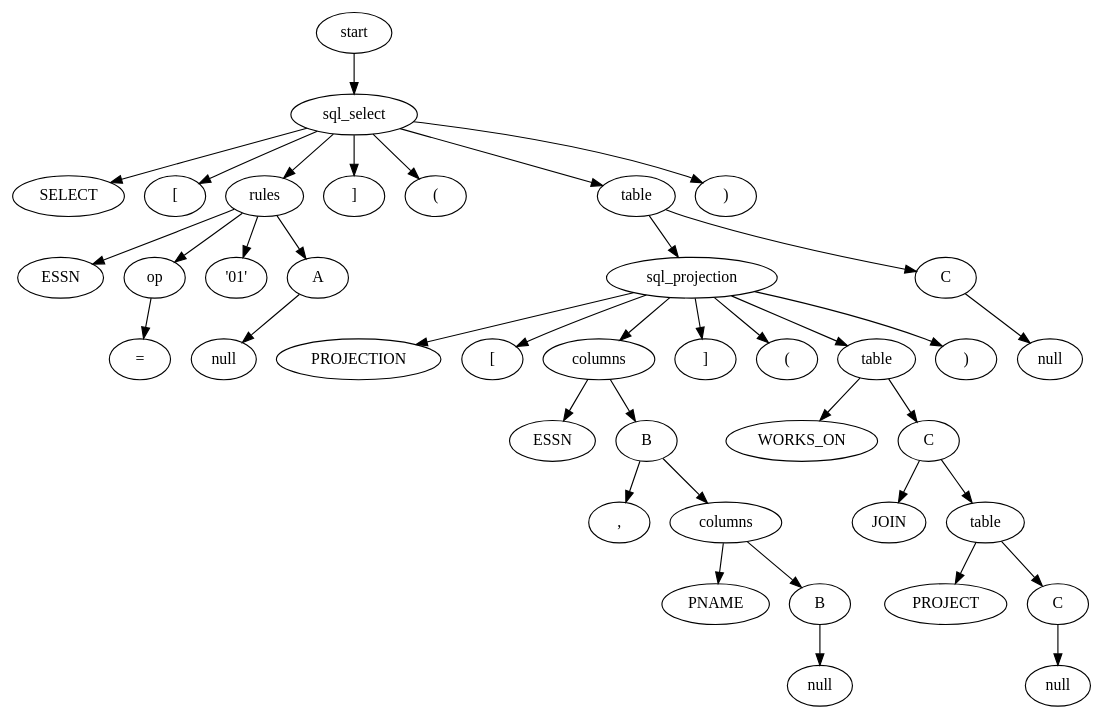
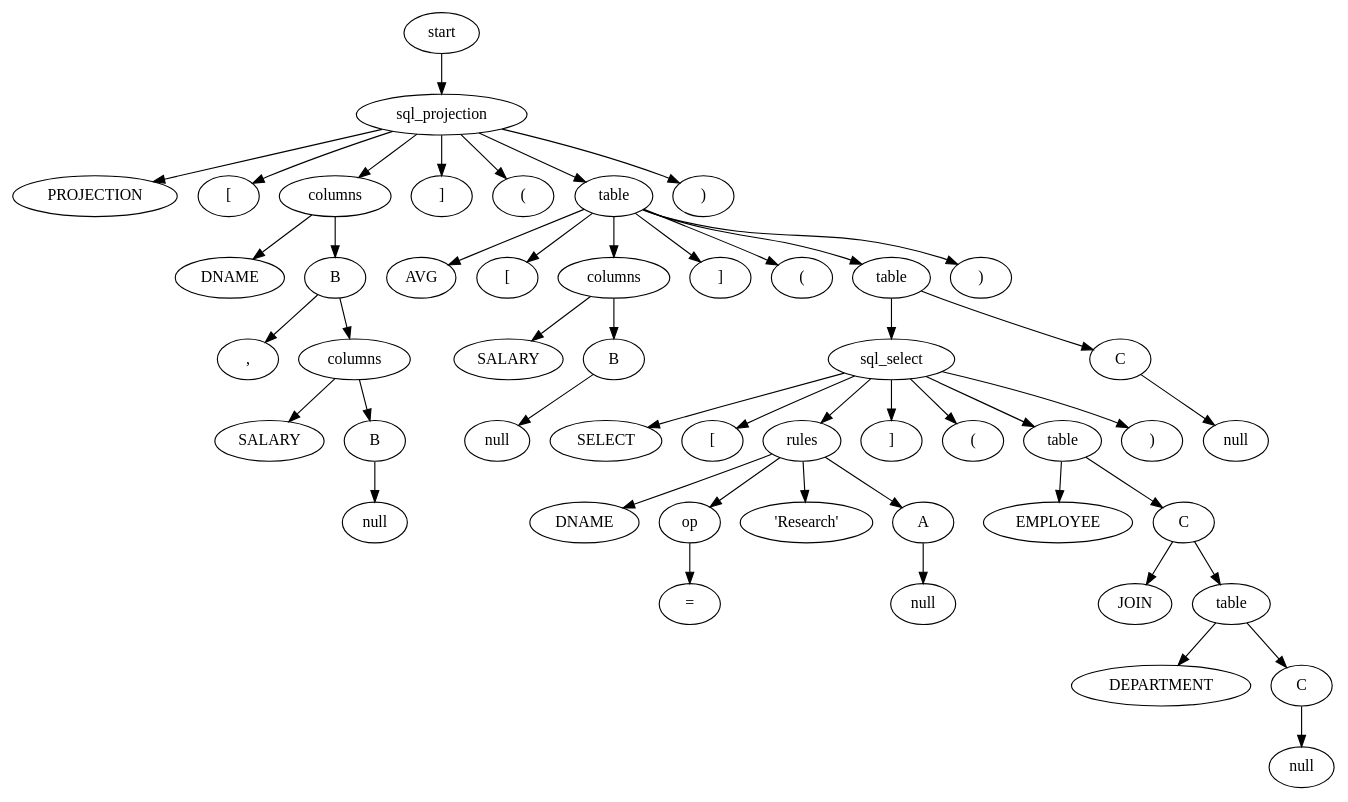
One commit to dongchangzhang/zdb changed the diagram in round-table.gv. Above: the diagram before and after it, drawn with Graphviz. The commit also changed 5 other files, not shown here.

```diff
--- a/round-table.gv
+++ b/round-table.gv
@@ -1,80 +1,100 @@
 // Tree
 digraph {
 	1 [label=start]
-	2 [label=sql_select]
+	2 [label=sql_projection]
 		1 -> 2
-	3 [label=SELECT]
+	3 [label=PROJECTION]
 		2 -> 3
 	4 [label="["]
 		2 -> 4
-	5 [label=rules]
+	5 [label=columns]
 		2 -> 5
 	6 [label="]"]
 		2 -> 6
 	7 [label="("]
 		2 -> 7
 	8 [label=table]
 		2 -> 8
 	9 [label=")"]
 		2 -> 9
-	10 [label=sql_projection]
+	10 [label=AVG]
 		8 -> 10
-	11 [label=C]
+	11 [label="["]
 		8 -> 11
-	12 [label=null]
-		11 -> 12
-	13 [label=PROJECTION]
-		10 -> 13
-	14 [label="["]
-		10 -> 14
-	15 [label=columns]
-		10 -> 15
-	16 [label="]"]
-		10 -> 16
-	17 [label="("]
-		10 -> 17
-	18 [label=table]
-		10 -> 18
-	19 [label=")"]
-		10 -> 19
-	20 [label=WORKS_ON]
-		18 -> 20
-	21 [label=C]
-		18 -> 21
-	22 [label=JOIN]
-		21 -> 22
-	23 [label=table]
-		21 -> 23
-	24 [label=PROJECT]
-		23 -> 24
-	25 [label=C]
-		23 -> 25
-	26 [label=null]
-		25 -> 26
-	27 [label=ESSN]
-		15 -> 27
-	28 [label=B]
-		15 -> 28
-	29 [label=","]
+	12 [label=columns]
+		8 -> 12
+	13 [label="]"]
+		8 -> 13
+	14 [label="("]
+		8 -> 14
+	15 [label=table]
+		8 -> 15
+	16 [label=")"]
+		8 -> 16
+	17 [label=sql_select]
+		15 -> 17
+	18 [label=C]
+		15 -> 18
+	19 [label=null]
+		18 -> 19
+	20 [label=SELECT]
+		17 -> 20
+	21 [label="["]
+		17 -> 21
+	22 [label=rules]
+		17 -> 22
+	23 [label="]"]
+		17 -> 23
+	24 [label="("]
+		17 -> 24
+	25 [label=table]
+		17 -> 25
+	26 [label=")"]
+		17 -> 26
+	27 [label=EMPLOYEE]
+		25 -> 27
+	28 [label=C]
+		25 -> 28
+	29 [label=JOIN]
 		28 -> 29
-	30 [label=columns]
+	30 [label=table]
 		28 -> 30
-	31 [label=PNAME]
+	31 [label=DEPARTMENT]
 		30 -> 31
-	32 [label=B]
+	32 [label=C]
 		30 -> 32
 	33 [label=null]
 		32 -> 33
-	34 [label=ESSN]
-		5 -> 34
+	34 [label=DNAME]
+		22 -> 34
 	35 [label=op]
-		5 -> 35
-	36 [label="'01'"]
-		5 -> 36
+		22 -> 35
+	36 [label="'Research'"]
+		22 -> 36
 	37 [label=A]
-		5 -> 37
+		22 -> 37
 	38 [label=null]
 		37 -> 38
 	39 [label="="]
 		35 -> 39
+	40 [label=SALARY]
+		12 -> 40
+	41 [label=B]
+		12 -> 41
+	42 [label=null]
+		41 -> 42
+	43 [label=DNAME]
+		5 -> 43
+	44 [label=B]
+		5 -> 44
+	45 [label=","]
+		44 -> 45
+	46 [label=columns]
+		44 -> 46
+	47 [label=SALARY]
+		46 -> 47
+	48 [label=B]
+		46 -> 48
+	49 [label=null]
+		48 -> 49
 }
```
